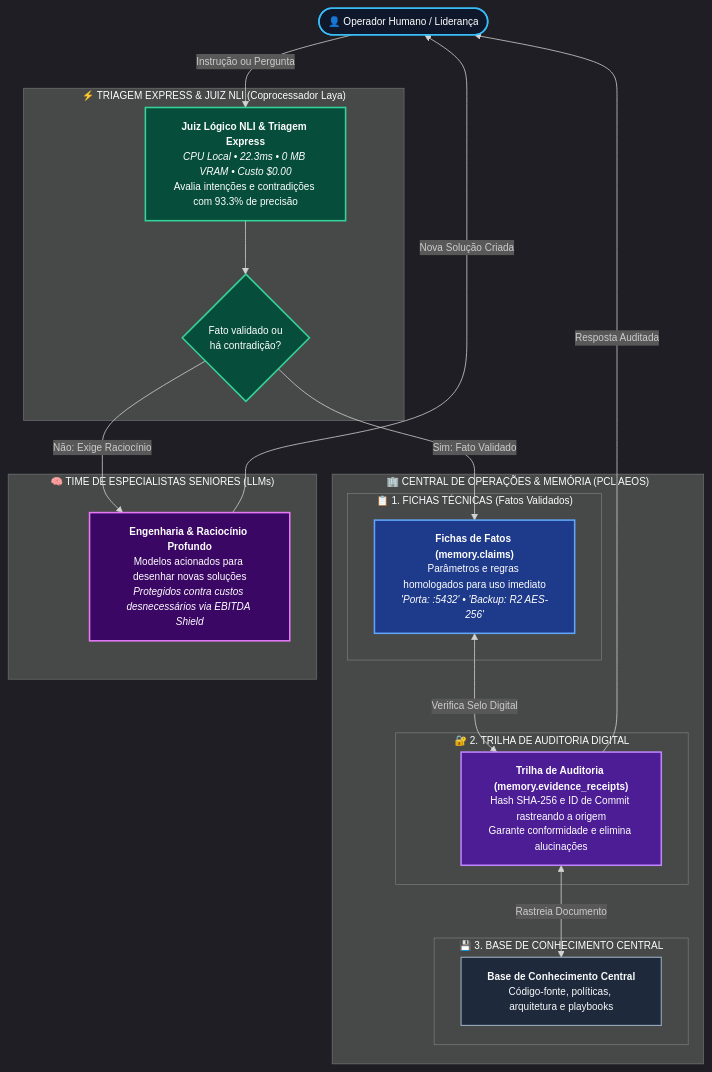
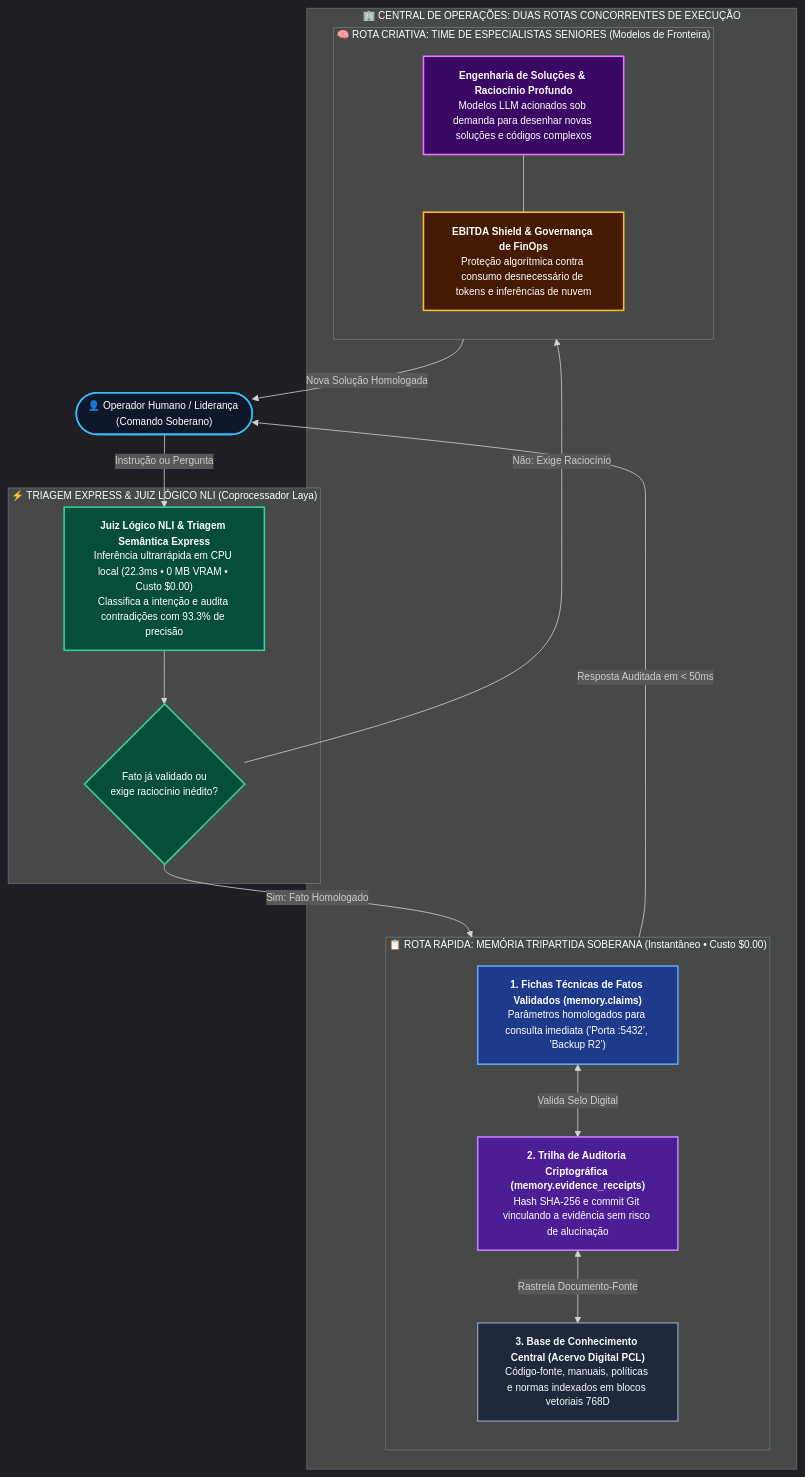
The diagram in docs/architecture-v2-executive-guide.md (EnterDufter/PromptCoreLabs_AEOS), drawn with Mermaid before and after one commit. The commit also changed 4 other files, not shown here.

Commit message:
fix(design): expand diagram aspect ratio horizontally, unclamp print media scale and standardize card layouts

````diff
--- a/docs/architecture-v2-executive-guide.md
+++ b/docs/architecture-v2-executive-guide.md
@@ -20,53 +20,45 @@
 ```mermaid
 %%{init: {'theme': 'dark', 'themeVariables': { 'fontSize': '13px', 'fontFamily': 'Inter, sans-serif' }}}%%
 flowchart TD
-    Cliente(["👤 Operador Humano / Liderança"])
+    classDef cliente fill:#0f172a,stroke:#38bdf8,stroke-width:2px,color:#ffffff;
+    classDef portaria fill:#064e3b,stroke:#34d399,stroke-width:2px,color:#ffffff;
+    classDef memRota fill:#1e3a8a,stroke:#60a5fa,stroke-width:2px,color:#ffffff;
+    classDef auditRota fill:#4c1d95,stroke:#c084fc,stroke-width:2px,color:#ffffff;
+    classDef biblioRota fill:#1e293b,stroke:#94a3b8,stroke-width:1.5px,color:#f8fafc;
+    classDef especRota fill:#3b0764,stroke:#e879f9,stroke-width:2px,color:#ffffff;
+    classDef shield fill:#451a03,stroke:#fbbf24,stroke-width:2px,color:#ffffff;
 
-    subgraph Portaria["⚡ TRIAGEM EXPRESS & JUIZ NLI (Coprocessador Laya)"]
-        Laya["<b>Juiz Lógico NLI & Triagem Express</b><br/><i>CPU Local • 22.3ms • 0 MB VRAM • Custo $0.00</i><br/>Avalia intenções e contradições com 93.3% de precisão"]
-        Filtro{"Fato validado ou<br/>há contradição?"}
+    Cliente(["👤 Operador Humano / Liderança (Comando Soberano)"]):::cliente
+
+    subgraph Portaria["⚡ TRIAGEM EXPRESS & JUIZ LÓGICO NLI (Coprocessador Laya)"]
+        Laya["<b>Juiz Lógico NLI & Triagem Semântica Express</b><br/>Inferência ultrarrápida em CPU local (22.3ms • 0 MB VRAM • Custo $0.00)<br/>Classifica a intenção e audita contradições com 93.3% de precisão"]:::portaria
+        Filtro{"Fato já validado ou<br/>exige raciocínio inédito?"}:::portaria
         Laya --> Filtro
     end
 
-    subgraph Hub["🏢 CENTRAL DE OPERAÇÕES & MEMÓRIA (PCL AEOS)"]
-        subgraph Fichario["📋 1. FICHAS TÉCNICAS (Fatos Validados)"]
-            Claims["<b>Fichas de Fatos (memory.claims)</b><br/>Parâmetros e regras homologados para uso imediato<br/><i>'Porta: :5432' • 'Backup: R2 AES-256'</i>"]
+    subgraph Execucao["🏢 CENTRAL DE OPERAÇÕES: DUAS ROTAS CONCORRENTES DE EXECUÇÃO"]
+        subgraph MemoriaPCL["📋 ROTA RÁPIDA: MEMÓRIA TRIPARTIDA SOBERANA (Instantâneo • Custo $0.00)"]
+            direction TB
+            Claims["<b>1. Fichas Técnicas de Fatos Validados (memory.claims)</b><br/>Parâmetros homologados para consulta imediata ('Porta :5432', 'Backup R2')"]:::memRota
+            Recibos["<b>2. Trilha de Auditoria Criptográfica (memory.evidence_receipts)</b><br/>Hash SHA-256 e commit Git vinculando a evidência sem risco de alucinação"]:::auditRota
+            Docs["<b>3. Base de Conhecimento Central (Acervo Digital PCL)</b><br/>Código-fonte, manuais, políticas e normas indexados em blocos vetoriais 768D"]:::biblioRota
+            Claims <-->|"Valida Selo Digital"| Recibos
+            Recibos <-->|"Rastreia Documento-Fonte"| Docs
         end
 
-        subgraph Cartorio["🔐 2. TRILHA DE AUDITORIA DIGITAL"]
-            Recibos["<b>Trilha de Auditoria (memory.evidence_receipts)</b><br/>Hash SHA-256 e ID de Commit rastreando a origem<br/>Garante conformidade e elimina alucinações"]
-        end
-
-        subgraph Biblioteca["💾 3. BASE DE CONHECIMENTO CENTRAL"]
-            Docs["<b>Base de Conhecimento Central</b><br/>Código-fonte, políticas, arquitetura e playbooks"]
+        subgraph Especialistas["🧠 ROTA CRIATIVA: TIME DE ESPECIALISTAS SENIORES (Modelos de Fronteira)"]
+            direction TB
+            LLM["<b>Engenharia de Soluções & Raciocínio Profundo</b><br/>Modelos LLM acionados sob demanda para desenhar novas soluções e códigos complexos"]:::especRota
+            Shield["<b>EBITDA Shield & Governança de FinOps</b><br/>Proteção algorítmica contra consumo desnecessário de tokens e inferências de nuvem"]:::shield
+            LLM --- Shield
         end
     end
 
-    subgraph Especialistas["🧠 TIME DE ESPECIALISTAS SENIORES (LLMs)"]
-        LLM["<b>Engenharia & Raciocínio Profundo</b><br/>Modelos acionados para desenhar novas soluções<br/><i>Protegidos contra custos desnecessários via EBITDA Shield</i>"]
-    end
-
-    %% Fluxos Operacionais
+    %% Fluxos Operacionais Claros
     Cliente -->|"Instrução ou Pergunta"| Laya
-    Filtro -->|"Sim: Fato Validado"| Claims
-    Claims <-->|"Verifica Selo Digital"| Recibos
-    Recibos <-->|"Rastreia Documento"| Docs
-    Recibos -->|"Resposta Auditada"| Cliente
+    Filtro -->|"Sim: Fato Homologado"| Claims
+    Recibos -->|"Resposta Auditada em < 50ms"| Cliente
 
     Filtro -->|"Não: Exige Raciocínio"| LLM
-    LLM -->|"Nova Solução Criada"| Cliente
-
-    classDef cliente fill:#0f172a,stroke:#38bdf8,stroke-width:2px,color:#ffffff;
-    classDef portaria fill:#064e3b,stroke:#34d399,stroke-width:2px,color:#ffffff;
-    classDef fichario fill:#1e3a8a,stroke:#60a5fa,stroke-width:2px,color:#ffffff;
-    classDef cartorio fill:#4c1d95,stroke:#c084fc,stroke-width:2px,color:#ffffff;
-    classDef biblio fill:#1e293b,stroke:#94a3b8,stroke-width:1.5px,color:#f8fafc;
-    classDef espec fill:#3b0764,stroke:#e879f9,stroke-width:2px,color:#ffffff;
-
-    class Cliente cliente;
-    class Laya,Filtro portaria;
-    class Claims fichario;
-    class Recibos cartorio;
-    class Docs biblio;
-    class LLM espec;
+    Shield -->|"Nova Solução Homologada"| Cliente
 ```
````
